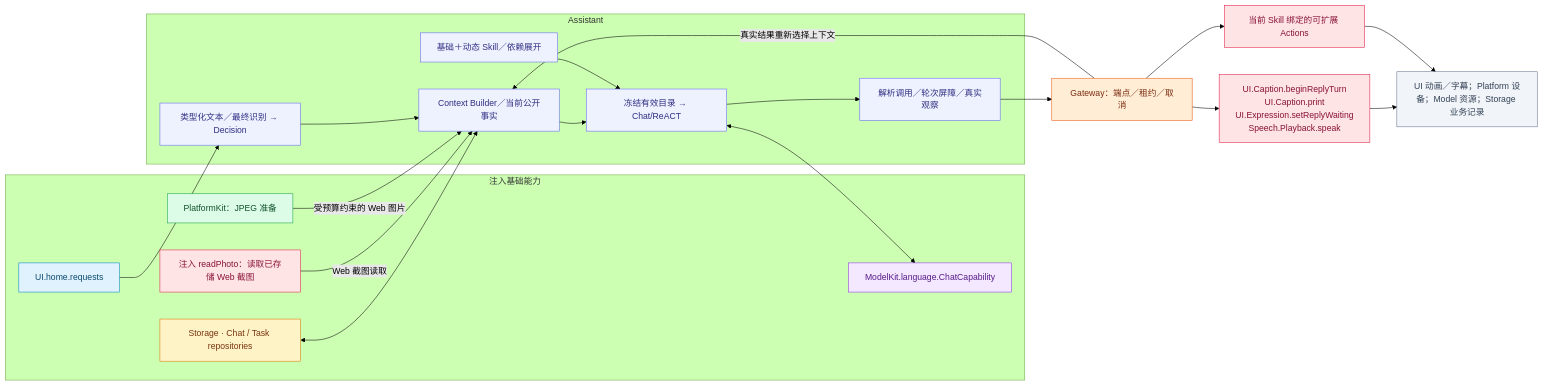
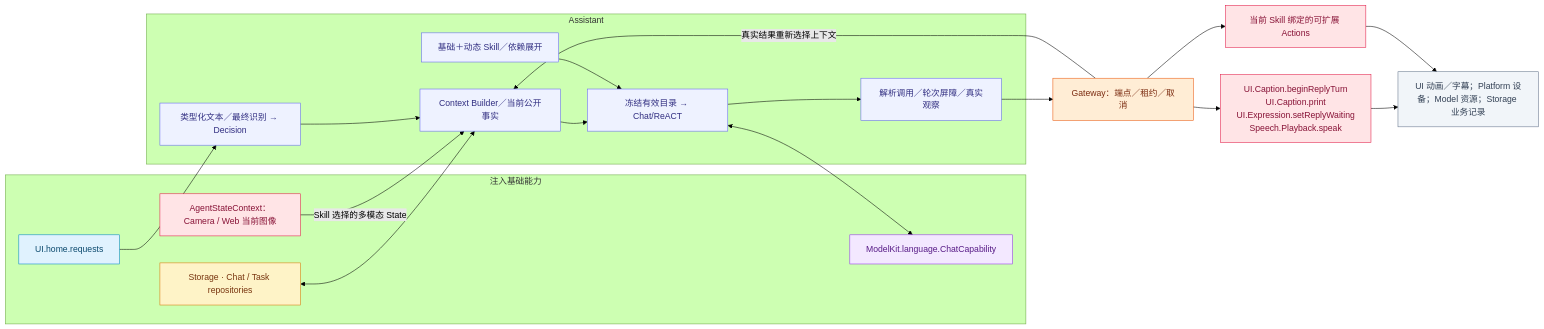
The second of 3 diagrams in MobileHarness/Agents/Assistant/README.md (devilyouwei/MobileHarness), drawn with Mermaid (forest theme) before and after one commit. The commit also changed other lines of this file and 152 other files, not shown here.

````diff
--- a/MobileHarness/Agents/Assistant/README.md
+++ b/MobileHarness/Agents/Assistant/README.md
@@ -79,37 +80,35 @@
 ```mermaid
 flowchart LR
  subgraph Injected["注入基础能力"]
  U["UI.home.requests"]:::ui
  M["ModelKit.language.ChatCapability"]:::model
  S["Storage · Chat / Task repositories"]:::storage
- P["PlatformKit：JPEG 准备"]:::platform
- RD["注入 readPhoto：读取已存储 Web 截图"]:::action
+ RD["AgentStateContext：Camera / Web 当前图像"]:::action
  end
  subgraph Owned["Assistant"]
  I["类型化文本／最终识别 → Decision"]:::agent
  C["Context Builder／当前公开事实"]:::agent
  K["基础＋动态 Skill／依赖展开"]:::agent
  D["冻结有效目录 → Chat/ReACT"]:::agent
  O["解析调用／轮次屏障／真实观察"]:::agent
  end
  U --> I --> C --> D --> O
  S <--> C
  K --> D
  D <--> M
- RD -->|"Web 截图读取"| C
- P -->|"受预算约束的 Web 图片"| C
+ RD -->|"Skill 选择的多模态 State"| C
  O --> G["Gateway：端点／租约／取消"]:::gateway
  G --> X["当前 Skill 绑定的可扩展 Actions"]:::action
  G --> PR["UI.Caption.beginReplyTurn<br/>UI.Caption.print<br/>UI.Expression.setReplyWaiting<br/>Speech.Playback.speak"]:::action
  PR --> F
  X --> F["UI 动画／字幕；Platform 设备；Model 资源；Storage 业务记录"]:::host
  G -->|"真实结果重新选择上下文"| C
  classDef ui fill:#e0f2fe,stroke:#0284c7,color:#0c4a6e
  classDef platform fill:#dcfce7,stroke:#16a34a,color:#14532d
  classDef model fill:#f3e8ff,stroke:#9333ea,color:#581c87
  classDef storage fill:#fef3c7,stroke:#d97706,color:#78350f
  classDef agent fill:#eef2ff,stroke:#6366f1,color:#312e81
  classDef gateway fill:#ffedd5,stroke:#ea580c,color:#7c2d12
  classDef action fill:#ffe4e6,stroke:#e11d48,color:#881337
  classDef host fill:#f1f5f9,stroke:#64748b,color:#334155
 ```
````
